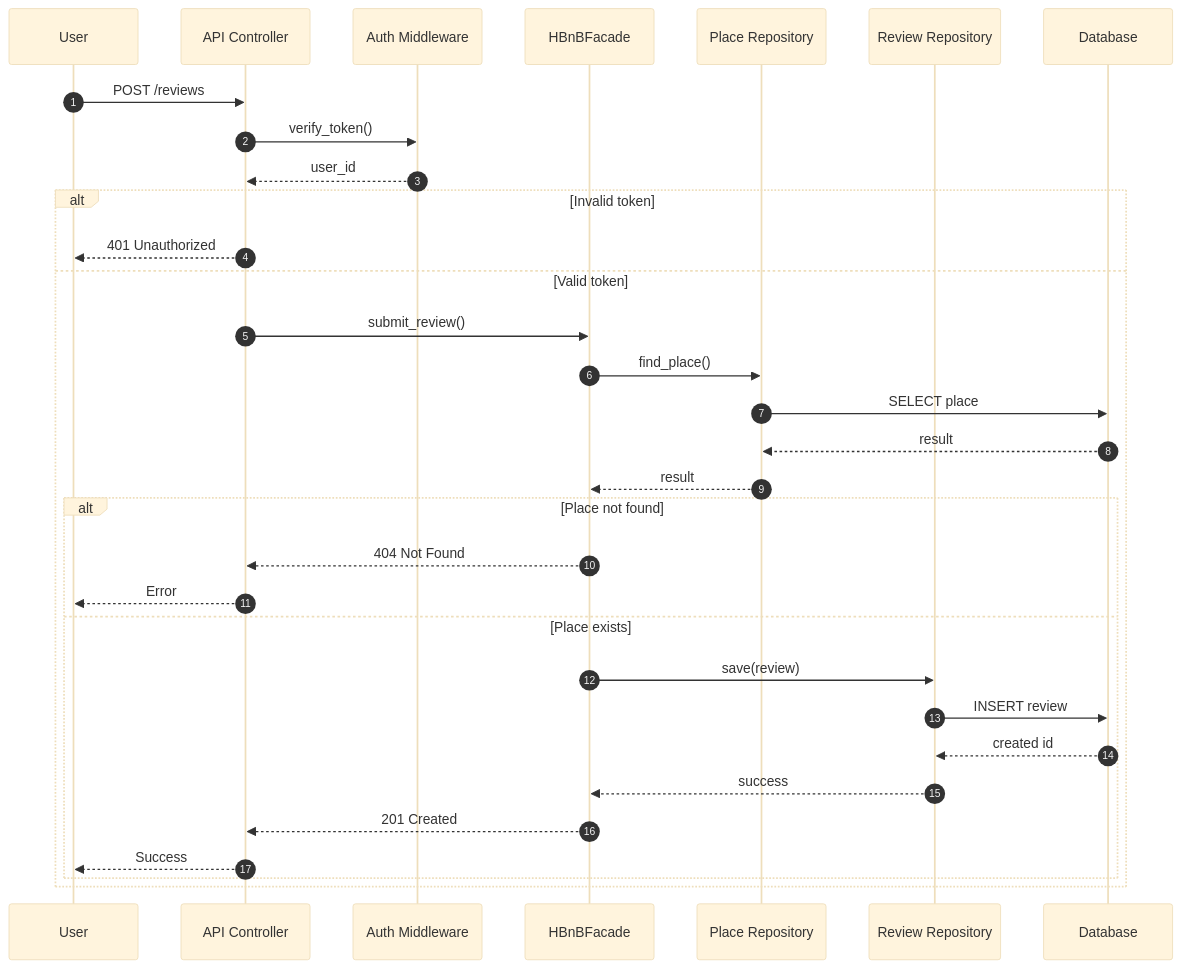
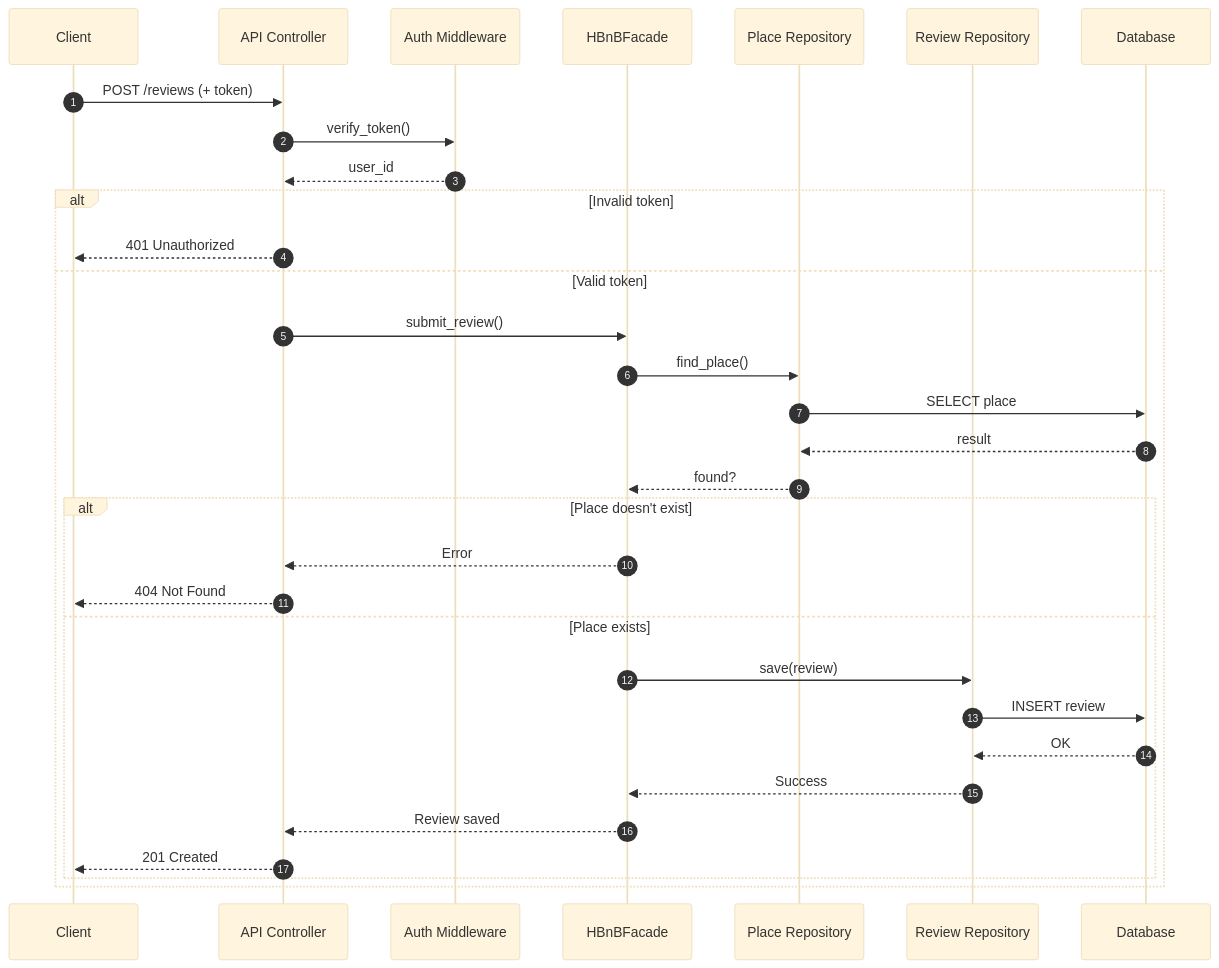
The fifth of 6 diagrams in part1/README.md (mnarzaid247-stack/holbertonschool-hbnb), drawn with Mermaid (base theme) before and after one commit. The commit also changed other lines of this file and 1 other file, not shown here.

````diff
--- a/part1/README.md
+++ b/part1/README.md
@@ -459,37 +381,37 @@
 ```mermaid
 sequenceDiagram
-autonumber
-participant Client as User
-participant API as API Controller
-participant Auth as Auth Middleware
-participant Facade as HBnBFacade
-participant PlaceRepo as Place Repository
-participant ReviewRepo as Review Repository
-participant DB as Database
+    autonumber
+    participant Client
+    participant API as API Controller
+    participant Auth as Auth Middleware
+    participant Facade as HBnBFacade
+    participant PlaceRepo as Place Repository
+    participant ReviewRepo as Review Repository
+    participant DB as Database
 
-Client->>API: POST /reviews
-API->>Auth: verify_token()
-Auth-->>API: user_id
+    Client->>API: POST /reviews (+ token)
+    API->>Auth: verify_token()
+    Auth-->>API: user_id
 
-alt Invalid token
-API-->>Client: 401 Unauthorized
-else Valid token
-API->>Facade: submit_review()
-Facade->>PlaceRepo: find_place()
-PlaceRepo->>DB: SELECT place
-DB-->>PlaceRepo: result
-PlaceRepo-->>Facade: result
+    alt Invalid token
+        API-->>Client: 401 Unauthorized
+    else Valid token
+        API->>Facade: submit_review()
+        Facade->>PlaceRepo: find_place()
+        PlaceRepo->>DB: SELECT place
+        DB-->>PlaceRepo: result
+        PlaceRepo-->>Facade: found?
 
-alt Place not found
-Facade-->>API: 404 Not Found
-API-->>Client: Error
-else Place exists
-Facade->>ReviewRepo: save(review)
-ReviewRepo->>DB: INSERT review
-DB-->>ReviewRepo: created id
-ReviewRepo-->>Facade: success
-Facade-->>API: 201 Created
-API-->>Client: Success
-end
-end
+        alt Place doesn't exist
+            Facade-->>API: Error
+            API-->>Client: 404 Not Found
+        else Place exists
+            Facade->>ReviewRepo: save(review)
+            ReviewRepo->>DB: INSERT review
+            DB-->>ReviewRepo: OK
+            ReviewRepo-->>Facade: Success
+            Facade-->>API: Review saved
+            API-->>Client: 201 Created
+        end
+    end
 ```
````
